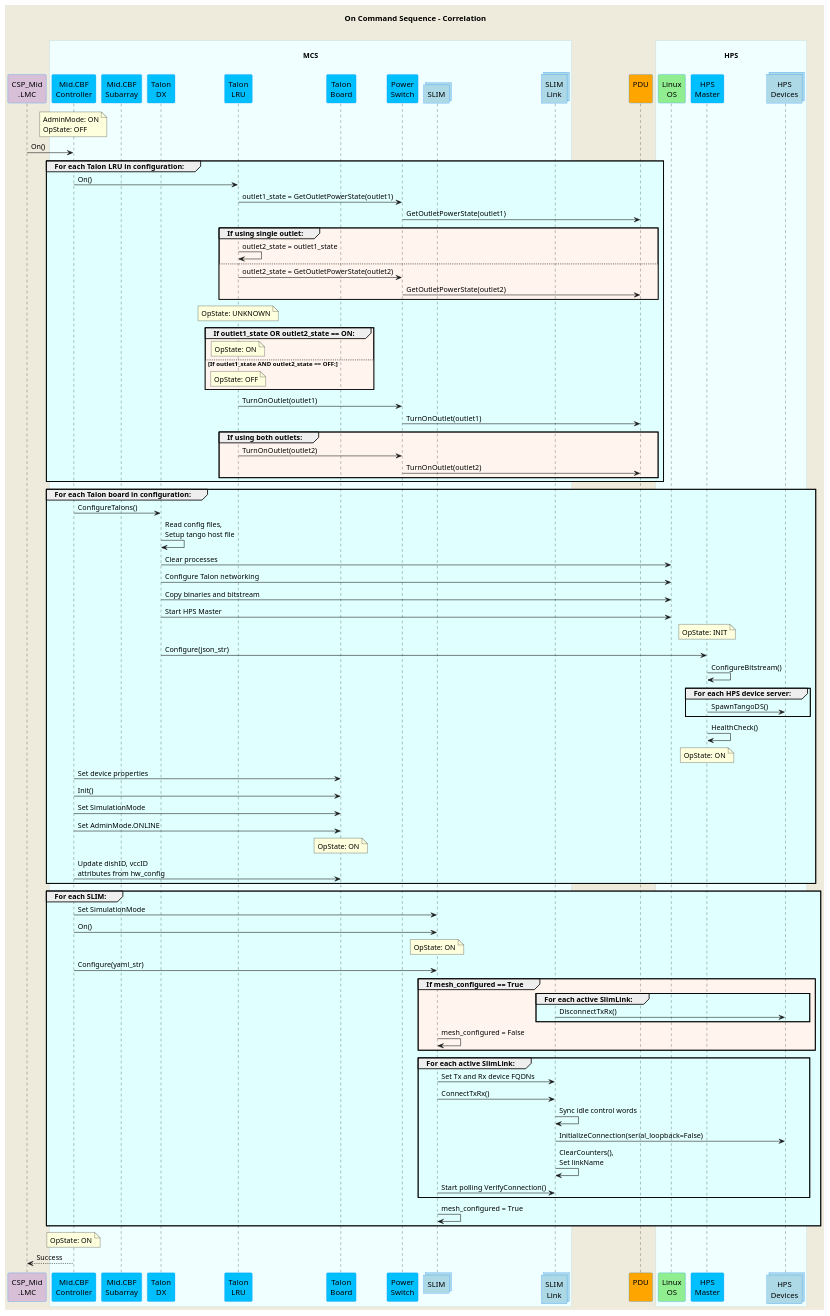
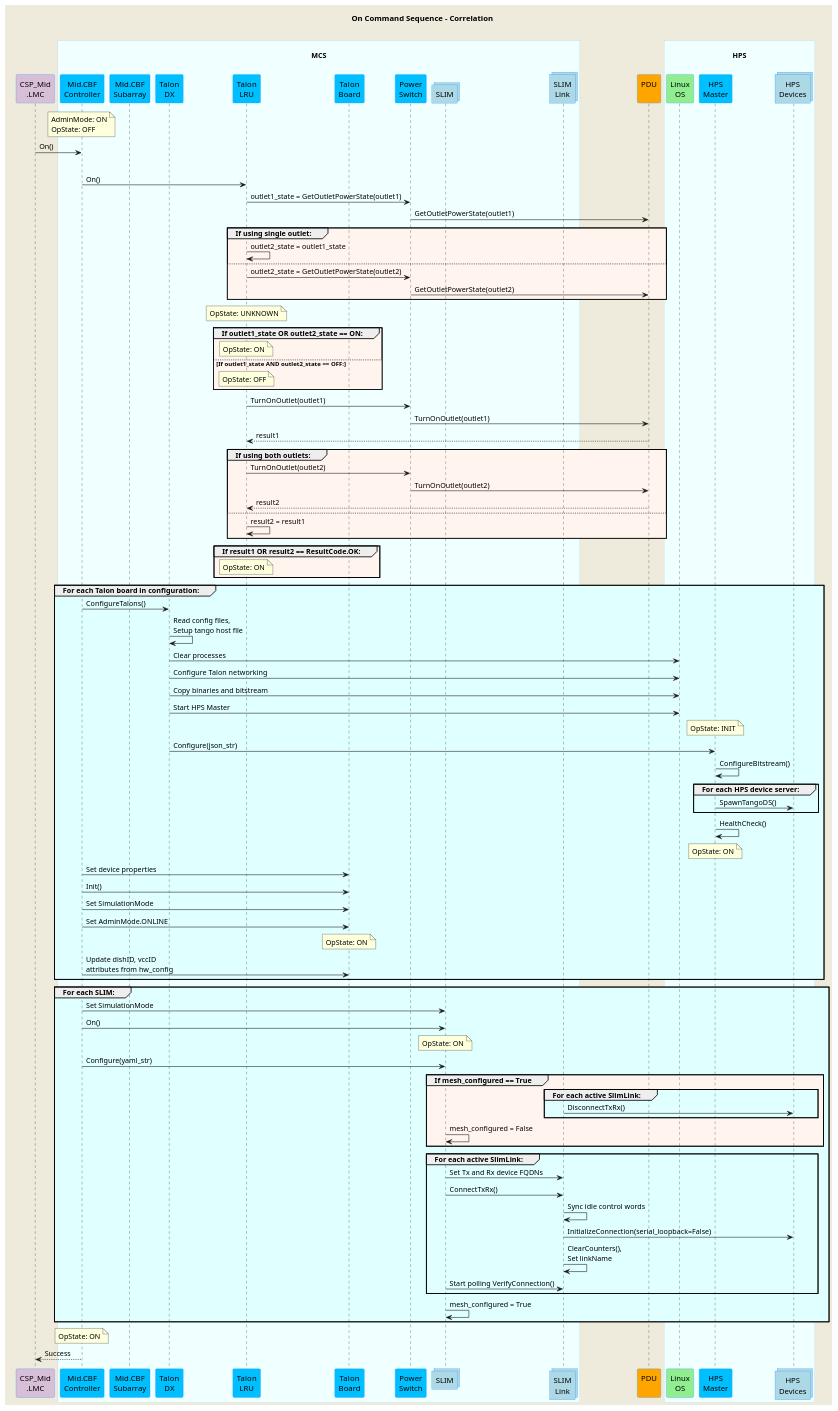
Before and after one commit to ska-telescope/mid-cbf-mcs: the diagram in docs/src/diagrams/on-command-sequence.puml, drawn with PlantUML. The commit also changed 2 other files, not shown here.

```diff
--- a/docs/src/diagrams/on-command-sequence.puml
+++ b/docs/src/diagrams/on-command-sequence.puml
@@ -1,119 +1,126 @@
 @startuml
 'https://plantuml.com/sequence-diagram
 skinparam backgroundColor #EEEBDC
 skinparam sequence {
 ParticipantBorderColor DodgerBlue
 ParticipantBackgroundColor DeepSkyBlue
 ActorBorderColor DarkGreen
 ActorBackgroundColor Green
 BoxBorderColor LightBlue
 BoxBackgroundColor #F0FFFF
 }
 skinparam collections {
   BackGroundColor LightBlue
   BorderColor DodgerBlue
 }
 skinparam database {
   BackgroundColor LightGreen
   BorderColor DarkGreen
 }
 title On Command Sequence - Correlation\n
 participant "CSP_Mid\n.LMC" as lmc #Thistle
 box "\nMCS\n"
   participant "Mid.CBF\nController" as controller
   participant "Mid.CBF\nSubarray" as subarray
   participant "Talon\nDX" as tdx
   participant "Talon\nLRU" as lru
   participant "Talon\nBoard" as talon_board
   participant "Power\nSwitch" as ps
   collections "SLIM" as slim
   collections "SLIM\nLink" as slimlink
 end box
 participant "PDU\n" as pdu #Orange
 box "\nHPS\n"
   participant "Linux\nOS" as os #LightGreen
   participant "HPS\nMaster" as hpsmaster
   collections "HPS\nDevices" as hpsdevices
 end box
 
 note over controller            : AdminMode: ON\nOpState: OFF
 lmc -> controller               : On()
 
 group #LightCyan For each Talon LRU in configuration:
   controller    ->  lru         : On()
   lru           ->  ps          : outlet1_state = GetOutletPowerState(outlet1)
   ps            ->  pdu         : GetOutletPowerState(outlet1)
   group #SeaShell If using single outlet:
     lru         ->  lru         : outlet2_state = outlet1_state
   else
     lru         ->  ps          : outlet2_state = GetOutletPowerState(outlet2)
     ps          ->  pdu         : GetOutletPowerState(outlet2)
   end group
 
   note over lru                 : OpState: UNKNOWN
   group #SeaShell If outlet1_state OR outlet2_state == ON:
     note over lru               : OpState: ON
   else If outlet1_state AND outlet2_state == OFF:
     note over lru               : OpState: OFF
   end group
 
   lru           ->  ps          : TurnOnOutlet(outlet1)
   ps            ->  pdu         : TurnOnOutlet(outlet1)
+  pdu           --> lru         : result1
   group #SeaShell If using both outlets:
     lru         ->  ps          : TurnOnOutlet(outlet2)
     ps          ->  pdu         : TurnOnOutlet(outlet2)
+    pdu         --> lru         : result2
+  else
+    lru         ->  lru         : result2 = result1
   end group
+
+  group #SeaShell If result1 OR result2 == ResultCode.OK:
+    note over lru               : OpState: ON
 end group
 
 group #LightCyan For each Talon board in configuration:
   controller    ->  tdx         : ConfigureTalons()
   tdx           ->  tdx         : Read config files,\nSetup tango host file
   tdx           ->  os          : Clear processes
   tdx           ->  os          : Configure Talon networking
   tdx           ->  os          : Copy binaries and bitstream
   tdx           ->  os          : Start HPS Master
   note over hpsmaster           : OpState: INIT
   tdx           ->  hpsmaster   : Configure(json_str)
   hpsmaster     ->  hpsmaster   : ConfigureBitstream()
   group #LightCyan For each HPS device server:
     hpsmaster  -> hpsdevices    : SpawnTangoDS()
   end group
   hpsmaster     ->  hpsmaster   : HealthCheck()
   note over hpsmaster           : OpState: ON
 
   controller    ->  talon_board : Set device properties
   controller    ->  talon_board : Init()
   controller    ->  talon_board : Set SimulationMode
   controller    ->  talon_board : Set AdminMode.ONLINE
   note over talon_board         : OpState: ON
   controller    ->  talon_board : Update dishID, vccID\nattributes from hw_config
 end group
 
 group #LightCyan For each SLIM:
   controller      ->  slim      : Set SimulationMode
   controller      ->  slim      : On()
   note over slim                : OpState: ON
   controller      ->  slim      : Configure(yaml_str)
   group #SeaShell If mesh_configured == True
     group #LightCyan For each active SlimLink:
       slimlink    -> hpsdevices : DisconnectTxRx()
     end group
     slim          ->  slim      : mesh_configured = False
   end group
 
   group #LightCyan For each active SlimLink:
     slim        ->  slimlink    : Set Tx and Rx device FQDNs
     slim        ->  slimlink    : ConnectTxRx()
     slimlink    ->  slimlink    : Sync idle control words
     slimlink    ->  hpsdevices  : InitializeConnection(serial_loopback=False)
     slimlink    ->  slimlink    : ClearCounters(),\nSet linkName
     slim        ->  slimlink    : Start polling VerifyConnection()
   end group
   slim          ->  slim        : mesh_configured = True
 end group
 
 note over controller            : OpState: ON
 
 lmc           <--  controller   : Success
 
 @enduml
```
